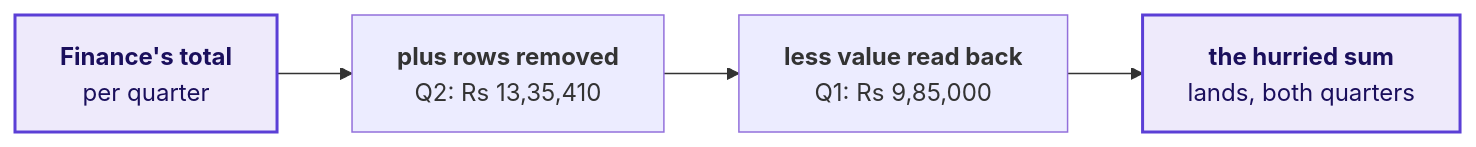
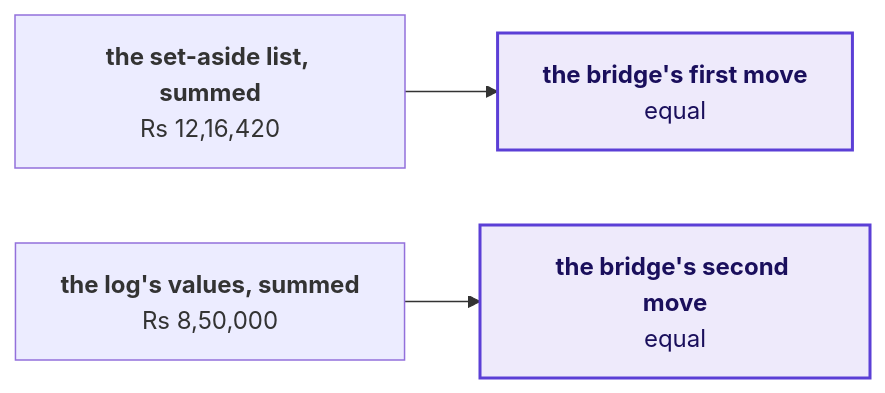
One commit to fde-academy-lab/c2-content-factory changed the second of 9 diagrams in content/W01/D5/slides/C2_W01_D05_debrief_STUDENT.md. Above: the diagram before and after it, drawn with Mermaid. The commit also changed other lines of this file and 1 other file, not shown here.

First line of the commit message:
W01 D5: debrief deck shows every trap's mechanism on the invented export, labelled invented, and names no planted value; the lead tested on each customer's own two quarters, D29 states keep each customer's own two quarters together, option D run, terms explained, and each half sums to 20 minutes

````diff
--- a/content/W01/D5/slides/C2_W01_D05_debrief_STUDENT.md
+++ b/content/W01/D5/slides/C2_W01_D05_debrief_STUDENT.md
@@ -180,8 +191,7 @@
 ```mermaid
 flowchart LR
-    F["<b>Finance's total</b><br/>per quarter"] --> P["<b>plus rows removed</b><br/>Q2: Rs 13,35,410"]
-    P --> M["<b>less value read back</b><br/>Q1: Rs 9,85,000"]
-    M --> H["<b>the hurried sum</b><br/>lands, both quarters"]
+    S["<b>the set-aside list, summed</b><br/>Rs 12,16,420"] --> M1["<b>the bridge's first move</b><br/>equal"]
+    L["<b>the log's values, summed</b><br/>Rs 8,50,000"] --> M2["<b>the bridge's second move</b><br/>equal"]
     classDef known fill:#EEEAFB,stroke:#5B3FD6,color:#1A0F5C,stroke-width:2px
-    class F,H known
+    class M1,M2 known
 ```
````
